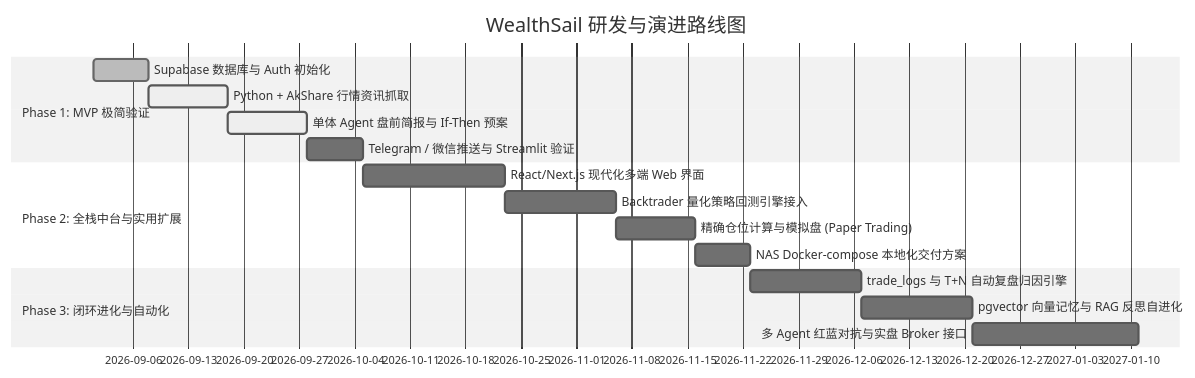
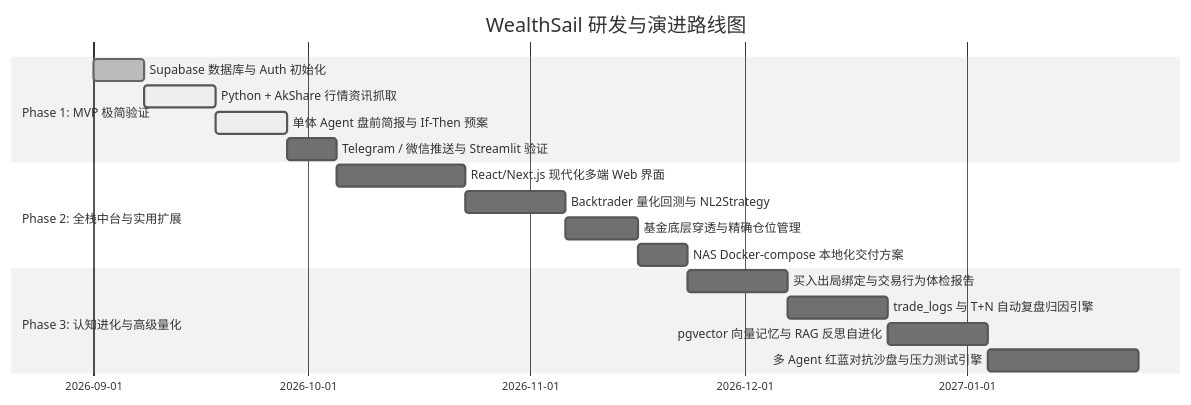
One commit to sinojelly/wealthsail changed the fifth of 5 diagrams in docs/01.WealthSail投研平台需求文档.md. Above: the diagram before and after it, drawn with Mermaid (neutral theme). The commit also changed other lines of this file, not shown here.

````diff
--- a/docs/01.WealthSail投研平台需求文档.md
+++ b/docs/01.WealthSail投研平台需求文档.md
@@ -469,21 +555,22 @@
 ```mermaid
 gantt
     title WealthSail 研发与演进路线图
     dateFormat  YYYY-MM-DD
     section Phase 1: MVP 极简验证
     Supabase 数据库与 Auth 初始化          :done, 2026-09-01, 7d
     Python + AkShare 行情资讯抓取         :active, 2026-09-08, 10d
     单体 Agent 盘前简报与 If-Then 预案     :active, 2026-09-18, 10d
     Telegram / 微信推送与 Streamlit 验证   :2026-09-28, 7d
     
     section Phase 2: 全栈中台与实用扩展
     React/Next.js 现代化多端 Web 界面     :2026-10-05, 18d
-    Backtrader 量化策略回测引擎接入       :2026-10-23, 14d
-    精确仓位计算与模拟盘 (Paper Trading)  :2026-11-06, 10d
+    Backtrader 量化回测与 NL2Strategy     :2026-10-23, 14d
+    基金底层穿透与精确仓位管理            :2026-11-06, 10d
     NAS Docker-compose 本地化交付方案     :2026-11-16, 7d
     
-    section Phase 3: 闭环进化与自动化
-    trade_logs 与 T+N 自动复盘归因引擎    :2026-11-23, 14d
-    pgvector 向量记忆与 RAG 反思自进化    :2026-12-07, 14d
-    多 Agent 红蓝对抗与实盘 Broker 接口   :2026-12-21, 21d
+    section Phase 3: 认知进化与高级量化
+    买入出局绑定与交易行为体检报告        :2026-11-23, 14d
+    trade_logs 与 T+N 自动复盘归因引擎    :2026-12-07, 14d
+    pgvector 向量记忆与 RAG 反思自进化    :2026-12-21, 14d
+    多 Agent 红蓝对抗沙盘与压力测试引擎   :2027-01-04, 21d
 ```
````
